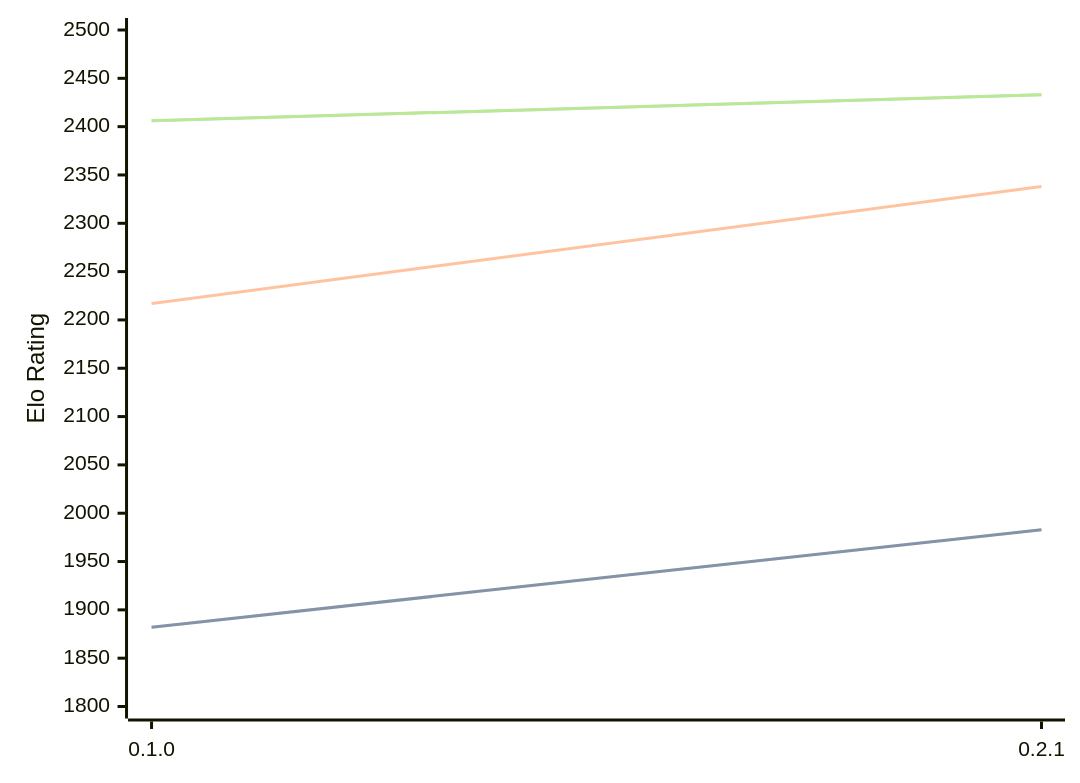
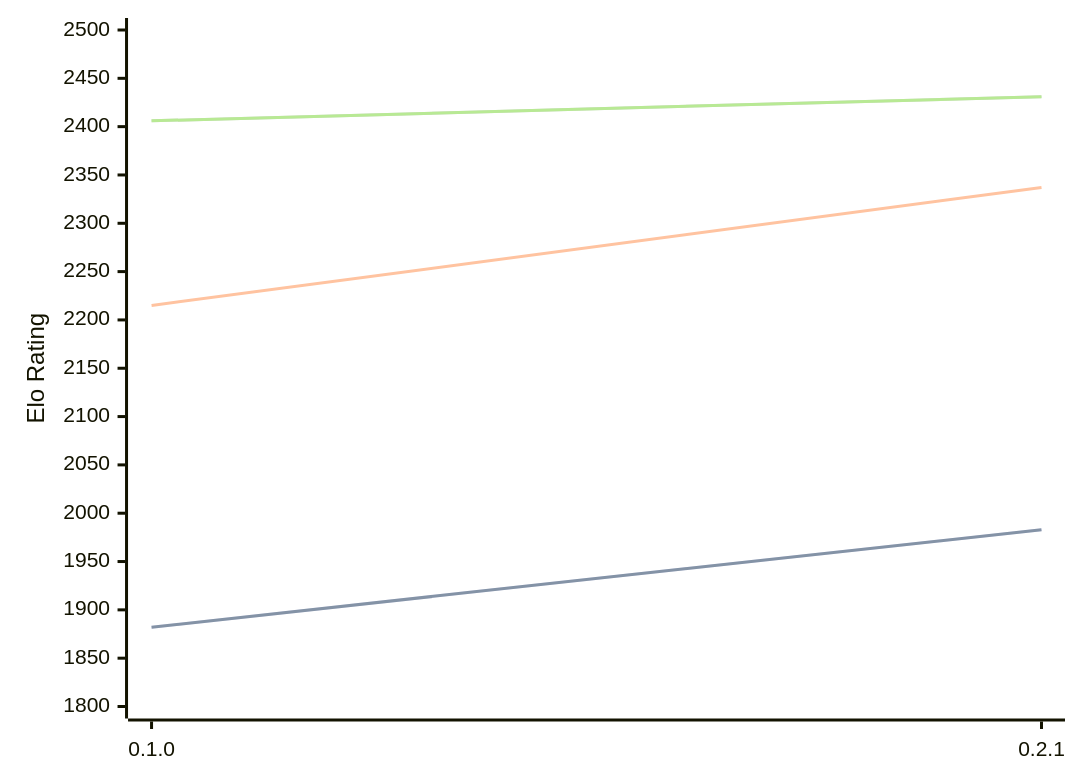
One commit to computer-chess-index/cci changed the diagram in engines/Sykora.md. Above: the diagram before and after it, drawn with Mermaid. The commit also changed other lines of this file, not shown here.

Commit message:
Update CCI Ratings (ELO VLTC) - 2026-06-12

````diff
--- a/engines/Sykora.md
+++ b/engines/Sykora.md
@@ -33,11 +33,11 @@
 ```mermaid
 %%{init: {"theme":"base","themeVariables":{"seriesColors:['#a3a3a3','#222221','#faa371']}}}%%
 xychart-beta
   x-axis ["0.1.0", "0.2.1"]
   y-axis "Elo Rating" 1800 --> 2500
   line "STC (8.0+0.08s)" [1882, 1983]
   line "STC (8.0+0.08s)" [1882, 1983]
-  line "LTC (60.0+0.60s)" [2217, 2338]
-  line "VLTC (2m24s+1.12s)" [2406, 2433]
-  line "VLTC (2m24s+1.12s)" [2406, 2433]
+  line "LTC (60.0+0.60s)" [2215, 2337]
+  line "VLTC (2m24s+1.12s)" [2406, 2431]
+  line "VLTC (2m24s+1.12s)" [2406, 2431]
 ```
````
